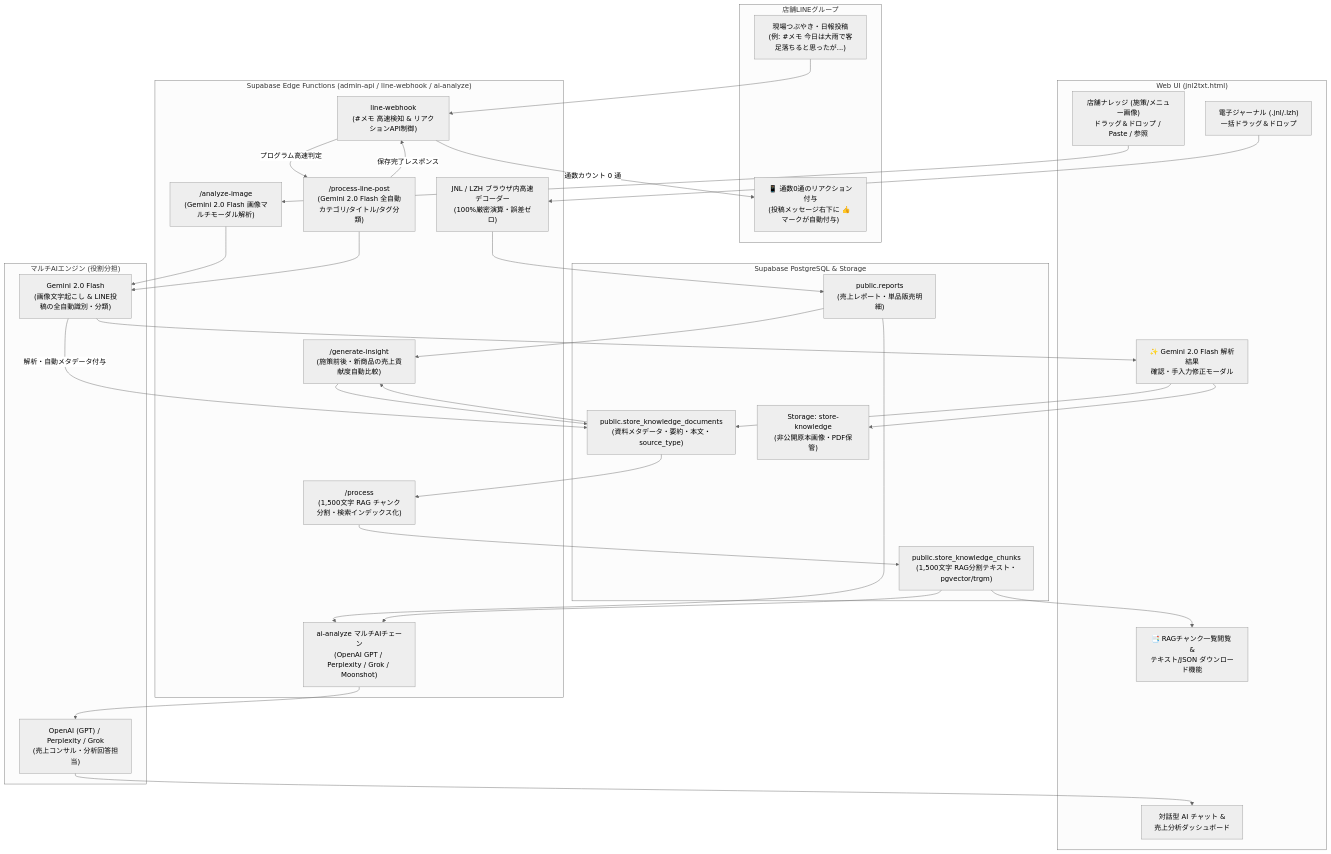
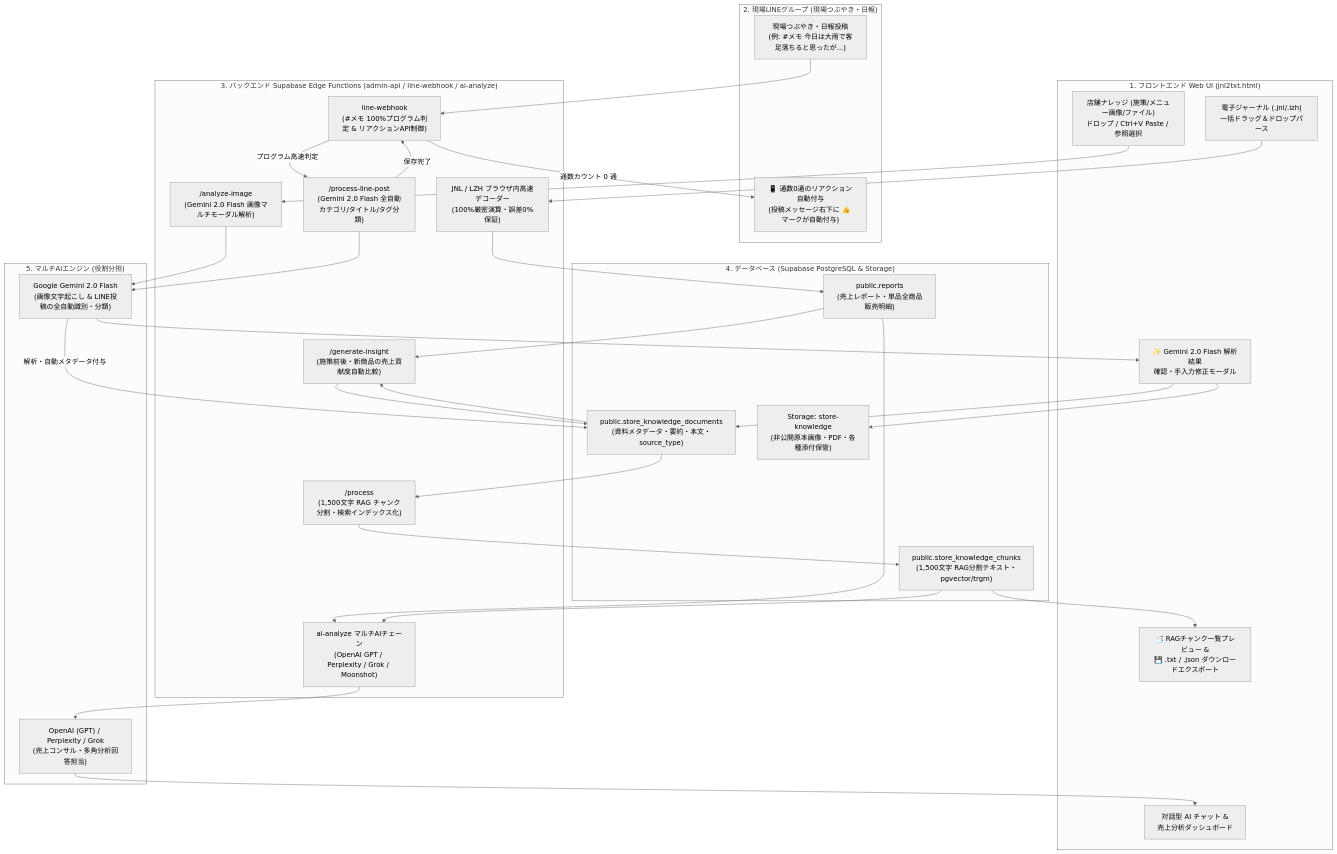
The diagram in SYSTEM_ARCHITECTURE_OVERVIEW.md (MARUGO-s/line_report), drawn with Mermaid (neutral theme) before and after one commit. The commit also changed other lines of this file, not shown here.

Commit message:
docs: Comprehensive update to SYSTEM_ARCHITECTURE_OVERVIEW.md including all Journal Report features, workflows, and technical specs

````diff
--- a/SYSTEM_ARCHITECTURE_OVERVIEW.md
+++ b/SYSTEM_ARCHITECTURE_OVERVIEW.md
@@ -9,53 +9,53 @@
 ```mermaid
 flowchart TD
-    subgraph フロントエンド ["Web UI (jnl2txt.html)"]
-        UI_JNL["電子ジャーナル (.jnl/.lzh)\n一括ドラッグ＆ドロップ"]
-        UI_KNOWLEDGE["店舗ナレッジ (施策/メニュー画像)\nドラッグ＆ドロップ / Paste / 参照"]
-        UI_MODAL["✨ Gemini 2.0 Flash 解析結果\n確認・手入力修正モーダル"]
-        UI_RAG_MODAL["📑 RAGチャンク一覧閲覧 &\nテキスト/JSON ダウンロード機能"]
-        UI_CHAT["対話型 AI チャット & \n売上分析ダッシュボード"]
+    subgraph UI ["1. フロントエンド Web UI (jnl2txt.html)"]
+        UI_JNL["電子ジャーナル (.jnl/.lzh)\n一括ドラッグ＆ドロップパース"]
+        UI_KNOWLEDGE["店舗ナレッジ (施策/メニュー画像/ファイル)\nドロップ / Ctrl+V Paste / 参照選択"]
+        UI_IMAGE_MODAL["✨ Gemini 2.0 Flash 解析結果\n確認・手入力修正モーダル"]
+        UI_RAG_MODAL["📑 RAGチャンク一覧プレビュー &\n💾 .txt / .json ダウンロードエクスポート"]
+        UI_CHAT["対話型 AI チャット &\n売上分析ダッシュボード"]
     end
 
-    subgraph 現場LINE ["店舗LINEグループ"]
+    subgraph LINE ["2. 現場LINEグループ (現場つぶやき・日報)"]
         LINE_MSG["現場つぶやき・日報投稿\n(例: #メモ 今日は大雨で客足落ちると思ったが...)"]
-        LINE_REACTION["📱 通数0通のリアクション付与\n(投稿メッセージ右下に 👍 マークが自動付与)"]
+        LINE_REACTION["📱 通数0通のリアクション自動付与\n(投稿メッセージ右下に 👍 マークが自動付与)"]
     end
 
-    subgraph バックエンド ["Supabase Edge Functions (admin-api / line-webhook / ai-analyze)"]
-        API_PARSER["JNL / LZH ブラウザ内高速デコーダー\n(100%厳密演算・誤差ゼロ)"]
-        API_LINE_WEBHOOK["line-webhook\n(#メモ 高速検知 & リアクションAPI制御)"]
+    subgraph BACKEND ["3. バックエンド Supabase Edge Functions (admin-api / line-webhook / ai-analyze)"]
+        API_PARSER["JNL / LZH ブラウザ内高速デコーダー\n(100%厳密演算・誤差0%保証)"]
+        API_LINE_WEBHOOK["line-webhook\n(#メモ 100%プログラム判定 & リアクションAPI制御)"]
         API_LINE_POST["/process-line-post\n(Gemini 2.0 Flash 全自動カテゴリ/タイトル/タグ分類)"]
         API_VISION["/analyze-image\n(Gemini 2.0 Flash 画像マルチモーダル解析)"]
         API_RAG["/process\n(1,500文字 RAG チャンク分割・検索インデックス化)"]
         API_INSIGHT["/generate-insight\n(施策前後・新商品の売上貢献度自動比較)"]
         API_AI_CHAIN["ai-analyze マルチAIチェーン\n(OpenAI GPT / Perplexity / Grok / Moonshot)"]
     end
 
-    subgraph データベース ["Supabase PostgreSQL & Storage"]
+    subgraph DB ["4. データベース (Supabase PostgreSQL & Storage)"]
         DB_DOCS["public.store_knowledge_documents\n(資料メタデータ・要約・本文・source_type)"]
         DB_CHUNKS["public.store_knowledge_chunks\n(1,500文字 RAG分割テキスト・pgvector/trgm)"]
-        DB_REPORTS["public.reports\n(売上レポート・単品販売明細)"]
-        STORAGE_BUCKET["Storage: store-knowledge\n(非公開原本画像・PDF保管)"]
+        DB_REPORTS["public.reports\n(売上レポート・単品全商品販売明細)"]
+        STORAGE_BUCKET["Storage: store-knowledge\n(非公開原本画像・PDF・各種添付保管)"]
     end
 
-    subgraph 外部AI ["マルチAIエンジン (役割分担)"]
-        GEMINI_VISION["Gemini 2.0 Flash\n(画像文字起こし & LINE投稿の全自動識別・分類)"]
-        MAIN_AI_CHAIN["OpenAI (GPT) / Perplexity / Grok\n(売上コンサル・分析回答担当)"]
+    subgraph AI ["5. マルチAIエンジン (役割分担)"]
+        GEMINI_VISION["Google Gemini 2.0 Flash\n(画像文字起こし & LINE投稿の全自動識別・分類)"]
+        MAIN_AI_CHAIN["OpenAI (GPT) / Perplexity / Grok\n(売上コンサル・多角分析回答担当)"]
     end
 
-    %% データフロー
+    %% データフロー接続
     UI_JNL --> API_PARSER --> DB_REPORTS
     UI_KNOWLEDGE --> API_VISION --> GEMINI_VISION
-    GEMINI_VISION --> UI_MODAL --> DB_DOCS & STORAGE_BUCKET
+    GEMINI_VISION --> UI_IMAGE_MODAL --> DB_DOCS & STORAGE_BUCKET
     
     LINE_MSG --> API_LINE_WEBHOOK
     API_LINE_WEBHOOK -->|プログラム高速判定| API_LINE_POST --> GEMINI_VISION
     GEMINI_VISION -->|解析・自動メタデータ付与| DB_DOCS
-    API_LINE_POST -->|保存完了レスポンス| API_LINE_WEBHOOK -->|通数カウント 0 通| LINE_REACTION
+    API_LINE_POST -->|保存完了| API_LINE_WEBHOOK -->|通数カウント 0 通| LINE_REACTION
 
     DB_DOCS --> API_RAG --> DB_CHUNKS
     DB_CHUNKS --> UI_RAG_MODAL
     DB_REPORTS & DB_CHUNKS --> API_AI_CHAIN --> MAIN_AI_CHAIN
     MAIN_AI_CHAIN --> UI_CHAT
     DB_REPORTS & DB_DOCS --> API_INSIGHT --> DB_DOCS
 ```
````
